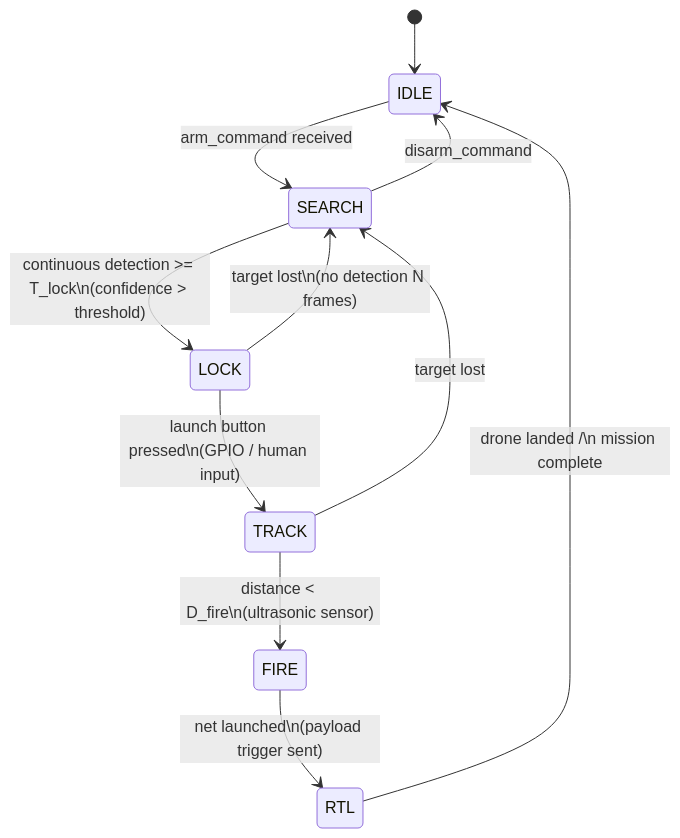
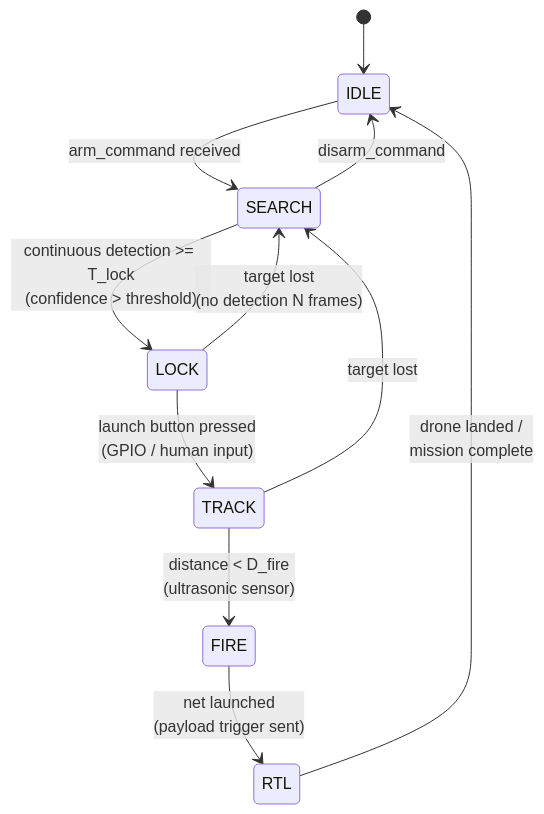
One commit to tokhun2002/A.R.M.S.-Anti-drone-Reusable-Modular-System- changed the third of 3 diagrams in SW/DESIGN.md. Above: the diagram before and after it, drawn with Mermaid. The commit also changed other lines of this file and 1 other file, not shown here.

````diff
--- a/SW/DESIGN.md
+++ b/SW/DESIGN.md
@@ -158,18 +149,18 @@
 ```mermaid
 stateDiagram-v2
     [*] --> IDLE
 
     IDLE --> SEARCH : arm_command received
     SEARCH --> IDLE : disarm_command
 
-    SEARCH --> LOCK : continuous detection >= T_lock\n(confidence > threshold)
-    LOCK --> SEARCH : target lost\n(no detection N frames)
+    SEARCH --> LOCK : continuous detection >= T_lock<br/>(confidence > threshold)
+    LOCK --> SEARCH : target lost<br/>(no detection N frames)
 
-    LOCK --> TRACK : launch button pressed\n(GPIO / human input)
+    LOCK --> TRACK : launch button pressed<br/>(GPIO / human input)
     TRACK --> SEARCH : target lost
 
-    TRACK --> FIRE : distance < D_fire\n(ultrasonic sensor)
-    FIRE --> RTL : net launched\n(payload trigger sent)
+    TRACK --> FIRE : distance < D_fire<br/>(ultrasonic sensor)
+    FIRE --> RTL : net launched<br/>(payload trigger sent)
 
-    RTL --> IDLE : drone landed /\n mission complete
+    RTL --> IDLE : drone landed /<br/> mission complete
 ```
````
